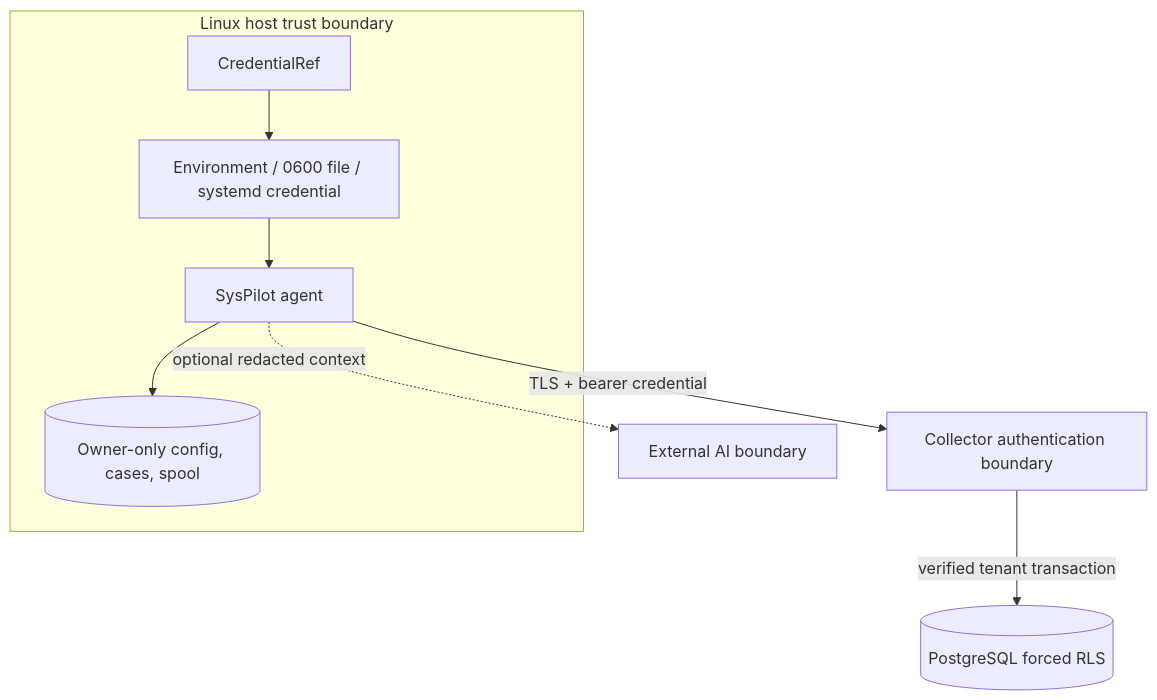
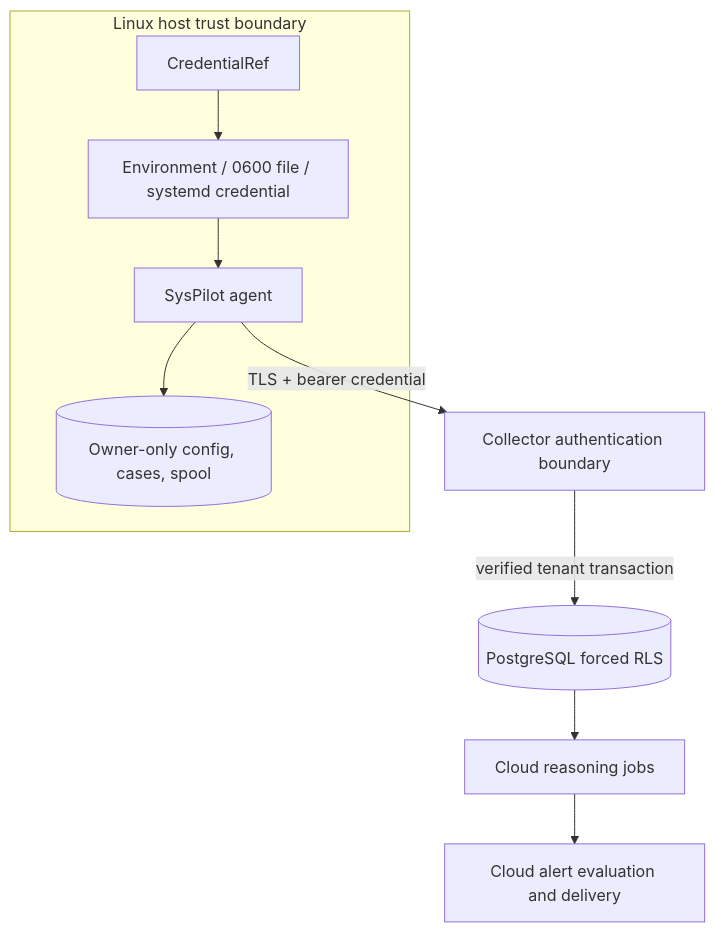
Before and after one commit to slumio/SystemPilot: the fourth of 5 diagrams in ARCHITECTURE.md, drawn with Mermaid. The commit also changed other lines of this file and 29 other files, not shown here.

````diff
--- a/ARCHITECTURE.md
+++ b/ARCHITECTURE.md
@@ -94,11 +97,12 @@
 ```mermaid
 flowchart TB
     subgraph Host[Linux host trust boundary]
         Secret[CredentialRef] --> Resolver[Environment / 0600 file / systemd credential]
         Resolver --> Agent[SysPilot agent]
         Agent --> Local[(Owner-only config, cases, spool)]
     end
     Agent -->|TLS + bearer credential| Collector[Collector authentication boundary]
     Collector -->|verified tenant transaction| RLS[(PostgreSQL forced RLS)]
-    Agent -. optional redacted context .-> AI[External AI boundary]
+    RLS --> Jobs[Cloud reasoning jobs]
+    Jobs --> Alerts[Cloud alert evaluation and delivery]
 ```
````
